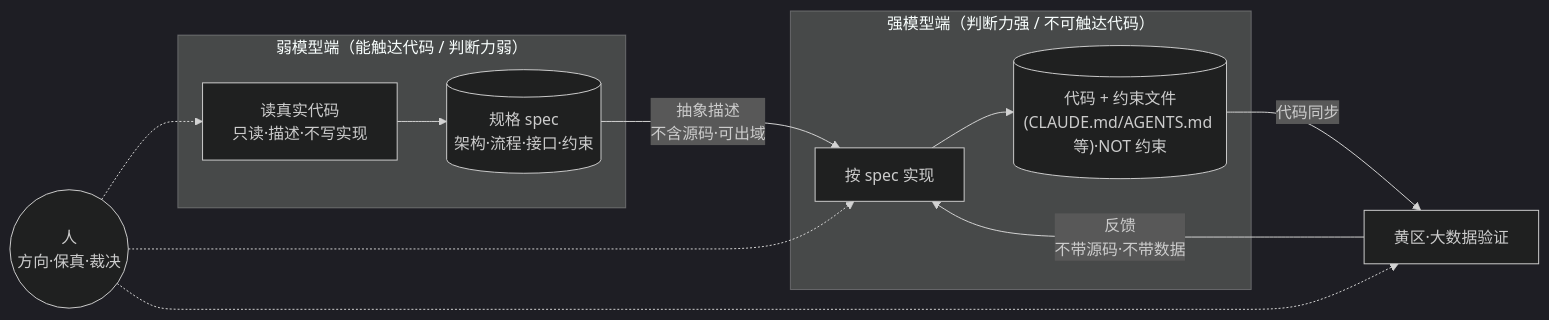
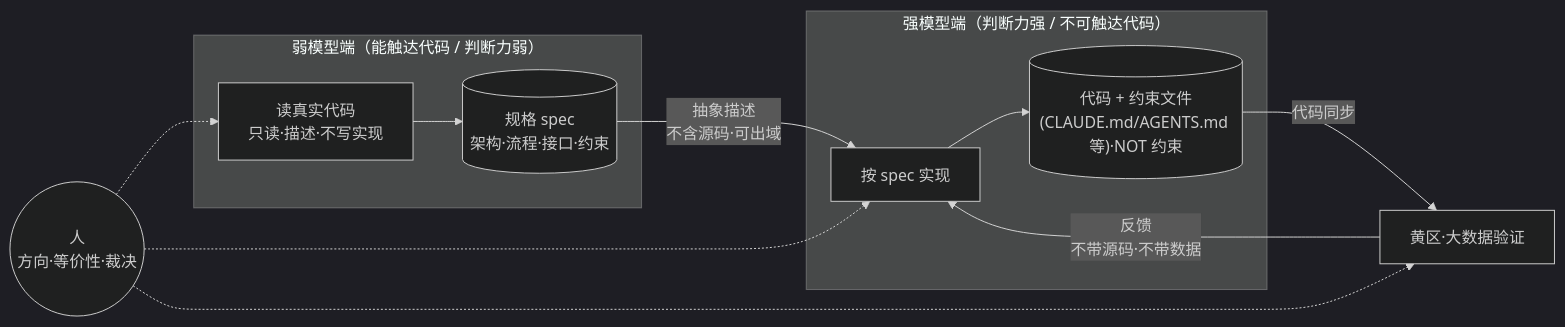
Before and after one commit to pkuCactus/crydet: the first of 2 diagrams in docs/llm_refactoring_experience.md, drawn with Mermaid (dark theme). The commit also changed other lines of this file, not shown here.

Commit message:
Docs: 核心概念词「保真」统一替换为「等价性」

````diff
--- a/docs/llm_refactoring_experience.md
+++ b/docs/llm_refactoring_experience.md
@@ -37,15 +37,15 @@
 ```mermaid
 flowchart LR
     subgraph A["弱模型端（能触达代码 / 判断力弱）"]
         R["读真实代码<br/>只读·描述·不写实现"] --> S[("规格 spec<br/>架构·流程·接口·约束")]
     end
     S -- "抽象描述<br/>不含源码·可出域" --> I
     subgraph B["强模型端（判断力强 / 不可触达代码）"]
         I["按 spec 实现"] --> C[("代码 + 约束文件<br/>(CLAUDE.md/AGENTS.md 等)·NOT 约束")]
     end
     C -- "代码同步" --> V["黄区·大数据验证"]
     V -- "反馈<br/>不带源码·不带数据" --> I
-    H(("人<br/>方向·保真·裁决")) -.-> R
+    H(("人<br/>方向·等价性·裁决")) -.-> R
     H -.-> I
     H -.-> V
 ```
````
